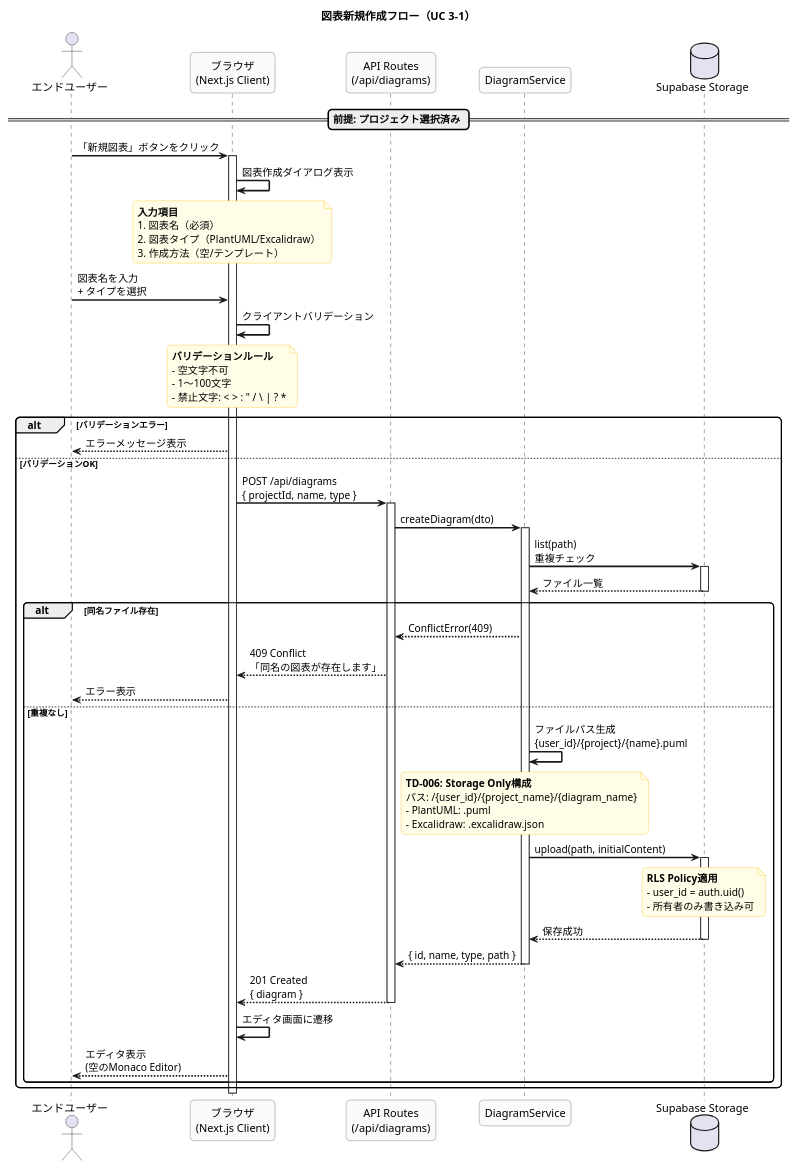
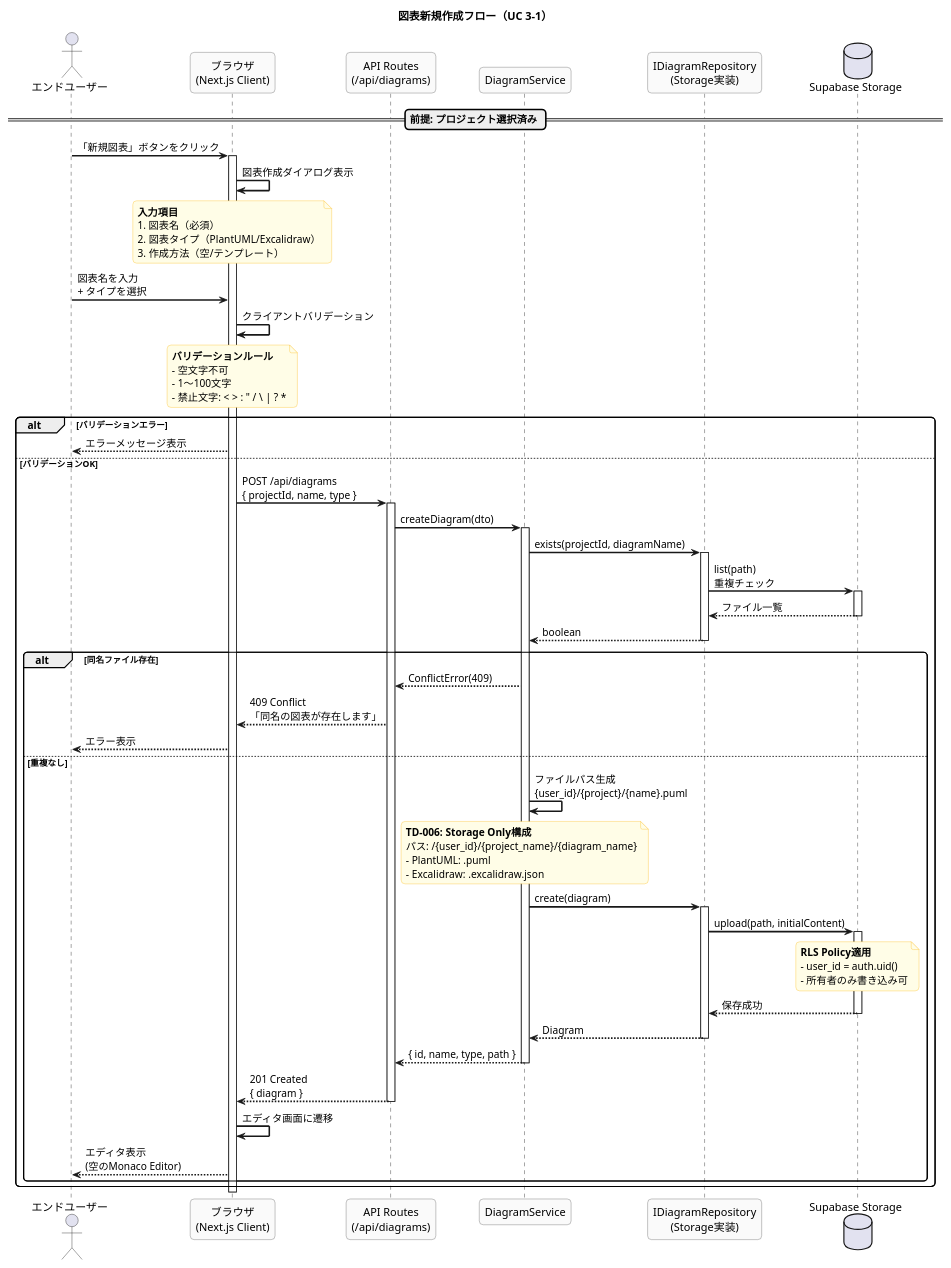
Before and after one commit to yoshiwo3/PlantUML2_Opus4.5: the ninth of 12 diagrams in docs/proposals/PlantUML_Studio_シーケンス図_20251214.md, drawn with PlantUML. The commit also changed other lines of this file and 3 other files, not shown here.

First line of the commit message:
docs: シーケンス図v2.4改善 + 作成ガイドライン追加

```diff
--- a/docs/proposals/PlantUML_Studio_シーケンス図_20251214.md
+++ b/docs/proposals/PlantUML_Studio_シーケンス図_20251214.md
@@ -578,6 +1144,7 @@
 participant Browser as "ブラウザ\n(Next.js Client)"
 participant APIRoutes as "API Routes\n(/api/diagrams)"
 participant DiagramService as "DiagramService"
+participant DiagramRepo as "IDiagramRepository\n(Storage実装)"
 database Storage as "Supabase Storage"
 
 == 前提: プロジェクト選択済み ==
@@ -614,10 +1181,16 @@
     APIRoutes -> DiagramService : createDiagram(dto)
     activate DiagramService
 
-    DiagramService -> Storage : list(path)\n重複チェック
+    DiagramService -> DiagramRepo : exists(projectId, diagramName)
+    activate DiagramRepo
+
+    DiagramRepo -> Storage : list(path)\n重複チェック
     activate Storage
-    Storage --> DiagramService : ファイル一覧
+    Storage --> DiagramRepo : ファイル一覧
     deactivate Storage
+
+    DiagramRepo --> DiagramService : boolean
+    deactivate DiagramRepo
 
     alt 同名ファイル存在
         DiagramService --> APIRoutes : ConflictError(409)
@@ -633,7 +1206,10 @@
           - Excalidraw: .excalidraw.json
         end note
 
-        DiagramService -> Storage : upload(path, initialContent)
+        DiagramService -> DiagramRepo : create(diagram)
+        activate DiagramRepo
+
+        DiagramRepo -> Storage : upload(path, initialContent)
         activate Storage
 
         note over Storage
@@ -642,8 +1218,11 @@
           - 所有者のみ書き込み可
         end note
 
-        Storage --> DiagramService : 保存成功
+        Storage --> DiagramRepo : 保存成功
         deactivate Storage
+
+        DiagramRepo --> DiagramService : Diagram
+        deactivate DiagramRepo
 
         DiagramService --> APIRoutes : { id, name, type, path }
         deactivate DiagramService
```
